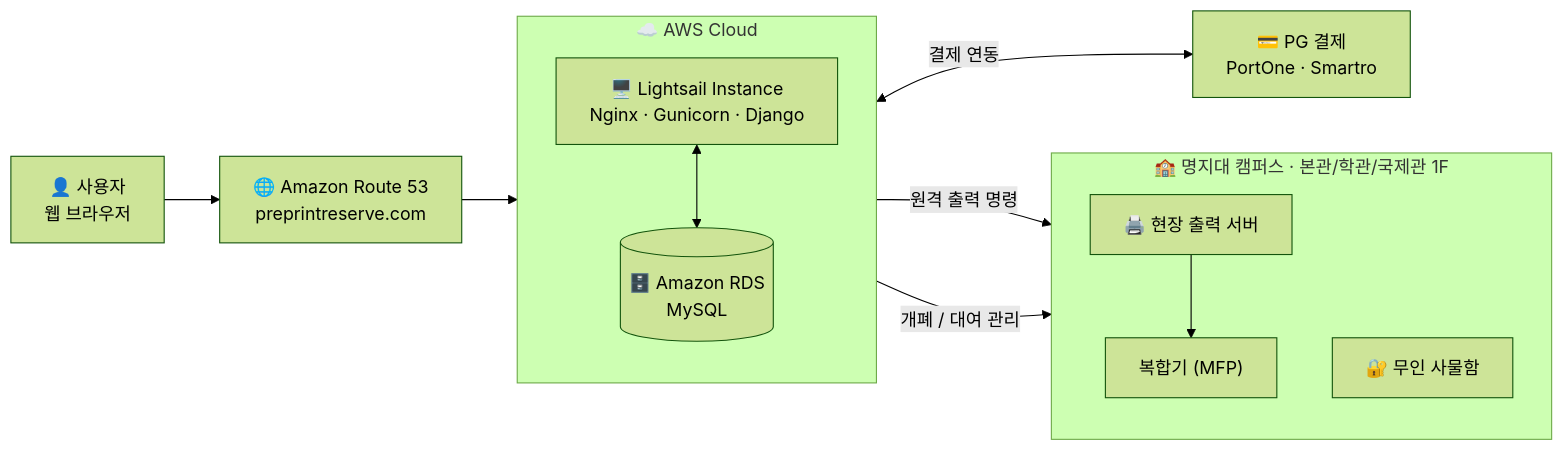
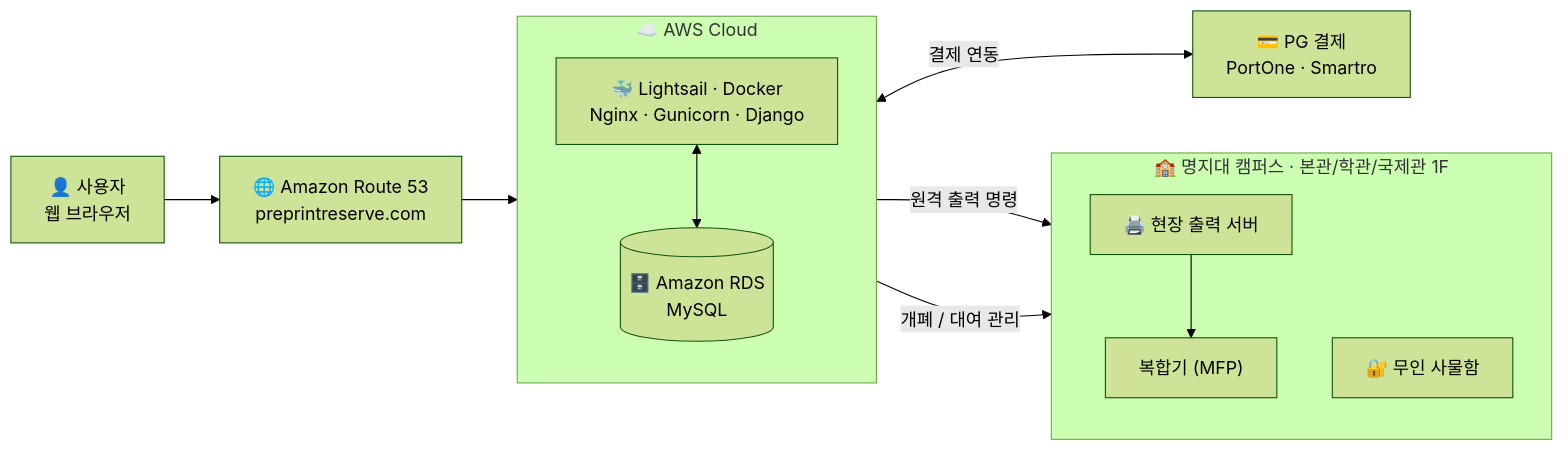
Before and after one commit to Pre-Print-Business/pre-print-service: the second of 2 diagrams in README.md, drawn with Mermaid (forest theme). The commit also changed other lines of this file, not shown here.

````diff
--- a/README.md
+++ b/README.md
@@ -243,26 +223,26 @@
 ```mermaid
 flowchart LR
     User["👤 사용자<br/>웹 브라우저"]
     DNS["🌐 Amazon Route 53<br/>preprintreserve.com"]
-
+ 
     subgraph AWS["☁️ AWS Cloud"]
         direction TB
-        App["🖥️ Lightsail Instance<br/>Nginx · Gunicorn · Django"]
+        App["🐳 Lightsail · Docker<br/>Nginx · Gunicorn · Django"]
         DB[("🗄️ Amazon RDS<br/>MySQL")]
     end
-
+ 
     PG["💳 PG 결제<br/>PortOne · Smartro"]
-
+ 
     subgraph Campus["🏫 명지대 캠퍼스 · 본관/학관/국제관 1F"]
         direction TB
         PS["🖨️ 현장 출력 서버"]
         MFP["복합기 (MFP)"]
         Locker["🔐 무인 사물함"]
     end
-
+ 
     User --> DNS --> App
     App <--> DB
     App <-->|결제 연동| PG
     App -->|원격 출력 명령| PS --> MFP
     App -->|개폐 / 대여 관리| Locker
 ```
````
